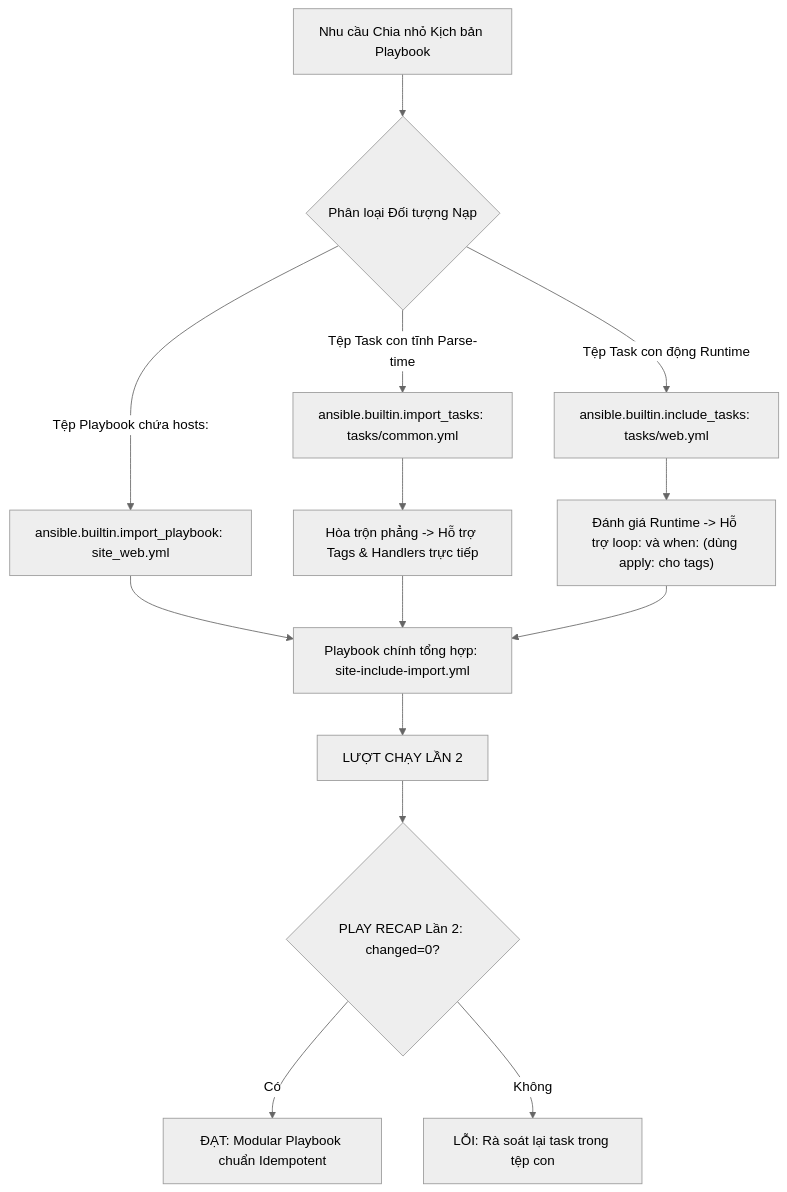
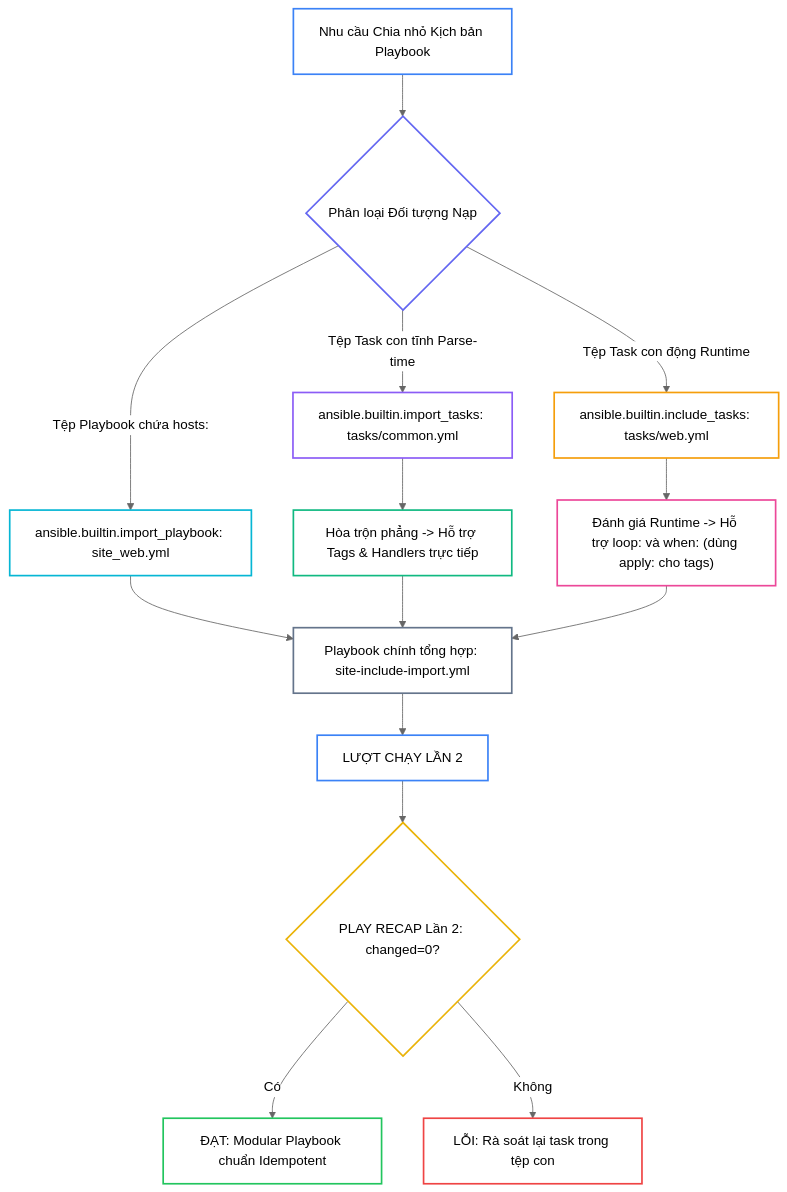
One commit to kiennt308/ntk changed the second of 3 diagrams in _posts/2026-09-13-ansible-18-18-include-import.md. Above: the diagram before and after it, drawn with Mermaid (neutral theme). The commit also changed other lines of this file and 30 other files, not shown here.

````diff
--- a/_posts/2026-09-13-ansible-18-18-include-import.md
+++ b/_posts/2026-09-13-ansible-18-18-include-import.md
@@ -315,20 +325,33 @@
 ```mermaid
 flowchart TD
     A["Nhu cầu Chia nhỏ Kịch bản Playbook"] --> B{"Phân loại Đối tượng Nạp"}
     
     B -->|"Tệp Playbook chứa hosts:"| C["ansible.builtin.import_playbook: site_web.yml"]
     B -->|"Tệp Task con tĩnh Parse-time"| D["ansible.builtin.import_tasks: tasks/common.yml"]
     B -->|"Tệp Task con động Runtime"| E["ansible.builtin.include_tasks: tasks/web.yml"]
     
     D --> F["Hòa trộn phẳng -> Hỗ trợ Tags & Handlers trực tiếp"]
     E --> G["Đánh giá Runtime -> Hỗ trợ loop: và when: (dùng apply: cho tags)"]
     
     C --> H["Playbook chính tổng hợp: site-include-import.yml"]
     F --> H
     G --> H
     
     H --> I["LƯỢT CHẠY LẦN 2"]
     I --> J{"PLAY RECAP Lần 2: changed=0?"}
-    J -- Có --> K["ĐẠT: Modular Playbook chuẩn Idempotent"]
-    J -- Không --> L["LỖI: Rà soát lại task trong tệp con"]
+    J -->|"Có"| K["ĐẠT: Modular Playbook chuẩn Idempotent"]
+    J -->|"Không"| L["LỖI: Rà soát lại task trong tệp con"]
+
+    style A fill:none,stroke:#3b82f6,stroke-width:2px
+    style B fill:none,stroke:#6366f1,stroke-width:2px
+    style C fill:none,stroke:#06b6d4,stroke-width:2px
+    style D fill:none,stroke:#8b5cf6,stroke-width:2px
+    style E fill:none,stroke:#f59e0b,stroke-width:2px
+    style F fill:none,stroke:#10b981,stroke-width:2px
+    style G fill:none,stroke:#ec4899,stroke-width:2px
+    style H fill:none,stroke:#64748b,stroke-width:2px
+    style I fill:none,stroke:#3b82f6,stroke-width:2px
+    style J fill:none,stroke:#eab308,stroke-width:2px
+    style K fill:none,stroke:#22c55e,stroke-width:2px
+    style L fill:none,stroke:#ef4444,stroke-width:2px
 ```
````
